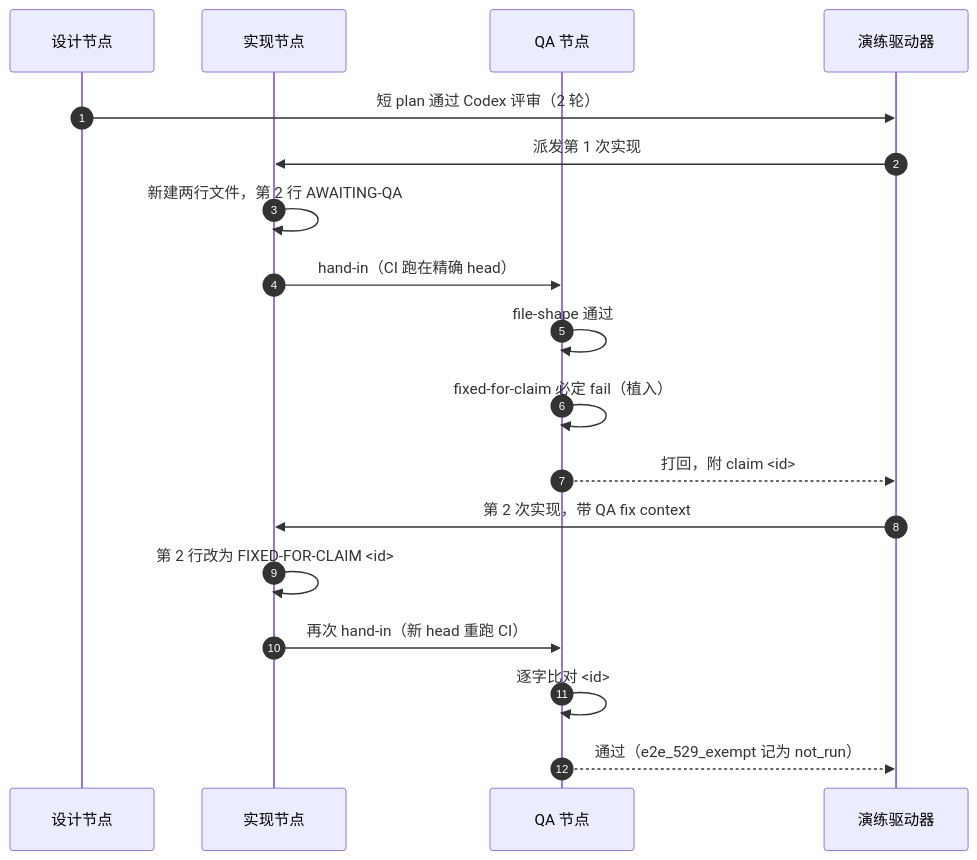
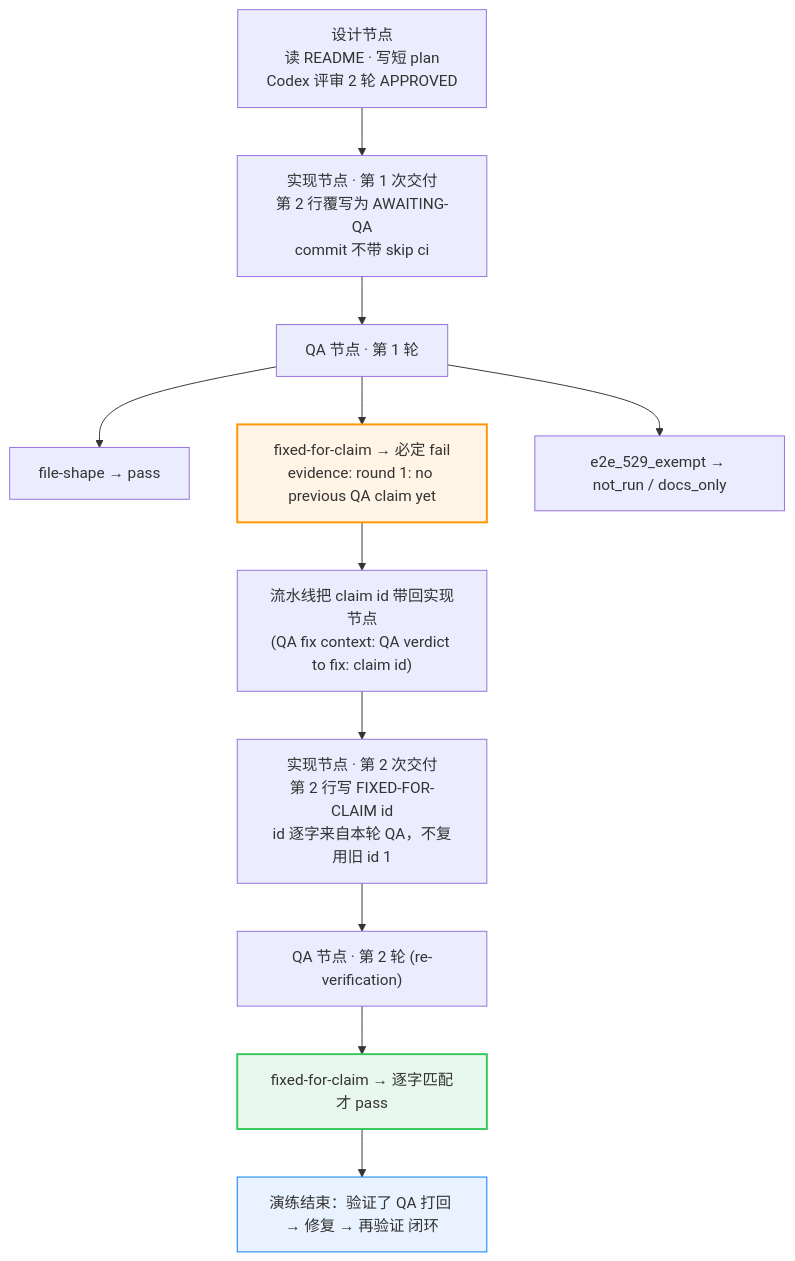
Before and after one commit to xrliAnnie/flywheel-qa-sandbox: the diagram in engineering/doc/FLY-3150-real-runner-drill/diagram-1-flow.mmd, drawn with Mermaid. The commit also changed 4 other files, not shown here.

Commit message:
docs(FLY-3150): founder design HTML + mermaid diagrams (second run)

```diff
--- a/engineering/doc/FLY-3150-real-runner-drill/diagram-1-flow.mmd
+++ b/engineering/doc/FLY-3150-real-runner-drill/diagram-1-flow.mmd
@@ -1,18 +1,14 @@
-sequenceDiagram
-    autonumber
-    participant DS as 设计节点
-    participant IM as 实现节点
-    participant QA as QA 节点
-    participant DR as 演练驱动器
-    DS->>DR: 短 plan 通过 Codex 评审（2 轮）
-    DR->>IM: 派发第 1 次实现
-    IM->>IM: 新建两行文件，第 2 行 AWAITING-QA
-    IM->>QA: hand-in（CI 跑在精确 head）
-    QA->>QA: file-shape 通过
-    QA->>QA: fixed-for-claim 必定 fail（植入）
-    QA-->>DR: 打回，附 claim <id>
-    DR->>IM: 第 2 次实现，带 QA fix context
-    IM->>IM: 第 2 行改为 FIXED-FOR-CLAIM <id>
-    IM->>QA: 再次 hand-in（新 head 重跑 CI）
-    QA->>QA: 逐字比对 <id>
-    QA-->>DR: 通过（e2e_529_exempt 记为 not_run）
+flowchart TD
+    A["设计节点<br/>读 README · 写短 plan<br/>Codex 评审 2 轮 APPROVED"] --> B["实现节点 · 第 1 次交付<br/>第 2 行覆写为 AWAITING-QA<br/>commit 不带 skip ci"]
+    B --> C["QA 节点 · 第 1 轮"]
+    C --> C1["file-shape → pass"]
+    C --> C2["fixed-for-claim → 必定 fail<br/>evidence: round 1: no previous QA claim yet"]
+    C --> C3["e2e_529_exempt → not_run / docs_only"]
+    C2 --> D["流水线把 claim id 带回实现节点<br/>(QA fix context: QA verdict to fix: claim id)"]
+    D --> E["实现节点 · 第 2 次交付<br/>第 2 行写 FIXED-FOR-CLAIM id<br/>id 逐字来自本轮 QA，不复用旧 id 1"]
+    E --> F["QA 节点 · 第 2 轮 (re-verification)"]
+    F --> F1["fixed-for-claim → 逐字匹配才 pass"]
+    F1 --> G["演练结束：验证了 QA 打回 → 修复 → 再验证 闭环"]
+    style C2 fill:#fff4e5,stroke:#ff9500,stroke-width:2px
+    style F1 fill:#e8f8ee,stroke:#34c759,stroke-width:2px
+    style G fill:#e9f2ff,stroke:#007aff
```
